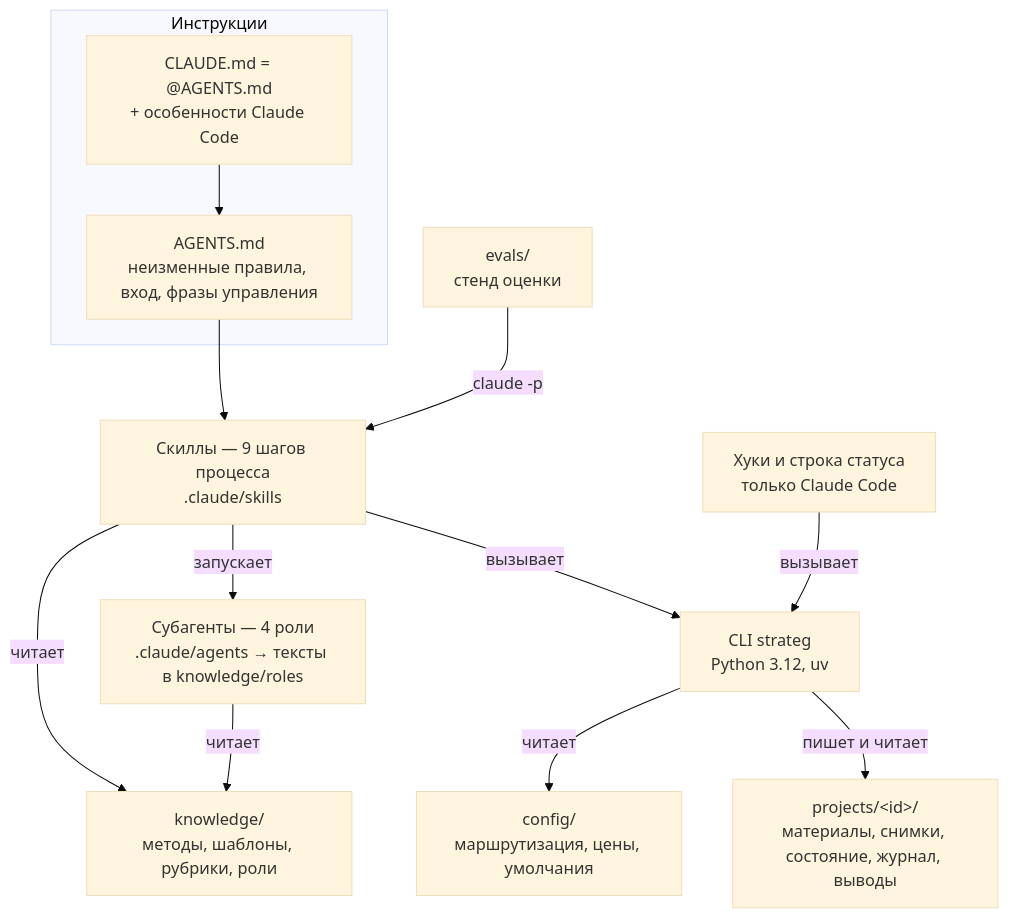
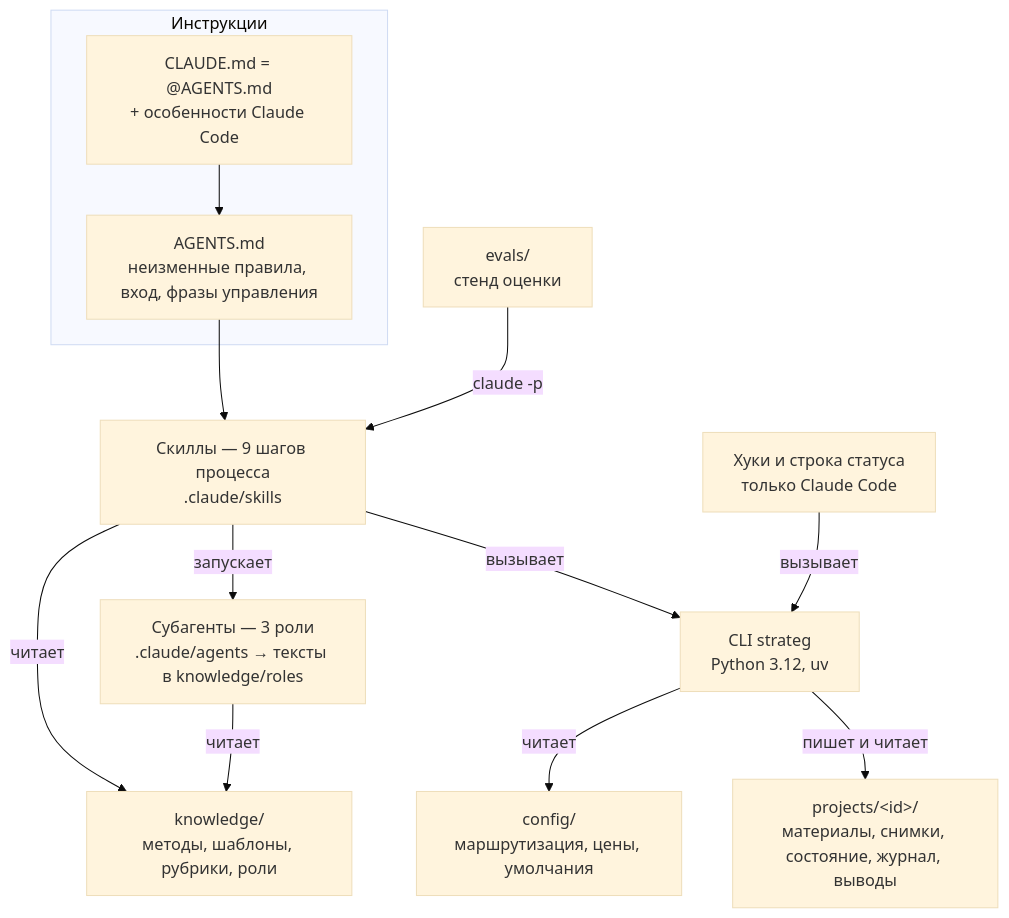
Before and after one commit to FlosVacui/strateg-agent: the second of 3 diagrams in docs/architecture.md, drawn with Mermaid (base theme). The commit also changed other lines of this file and 4 other files, not shown here.

````diff
--- a/docs/architecture.md
+++ b/docs/architecture.md
@@ -39,25 +39,25 @@
 ```mermaid
 flowchart TB
   subgraph Инструкции
     A["AGENTS.md<br/>неизменные правила, вход, фразы управления"]
     C["CLAUDE.md = @AGENTS.md<br/>+ особенности Claude Code"]
   end
   K["Скиллы — 9 шагов процесса<br/>.claude/skills"]
-  SUB["Субагенты — 4 роли<br/>.claude/agents → тексты в knowledge/roles"]
+  SUB["Субагенты — 3 роли<br/>.claude/agents → тексты в knowledge/roles"]
   H["Хуки и строка статуса<br/>только Claude Code"]
   CLI["CLI strateg<br/>Python 3.12, uv"]
   KN["knowledge/<br/>методы, шаблоны, рубрики, роли"]
   P["projects/&lt;id&gt;/<br/>материалы, снимки, состояние, журнал, выводы"]
   CFG["config/<br/>маршрутизация, цены, умолчания"]
   EV["evals/<br/>стенд оценки"]
   A --> K
   C --> A
   K -->|"вызывает"| CLI
   K -->|"запускает"| SUB
   H -->|"вызывает"| CLI
   K -->|"читает"| KN
   SUB -->|"читает"| KN
   CLI -->|"пишет и читает"| P
   CLI -->|"читает"| CFG
   EV -->|"claude -p"| K
 ```
````
